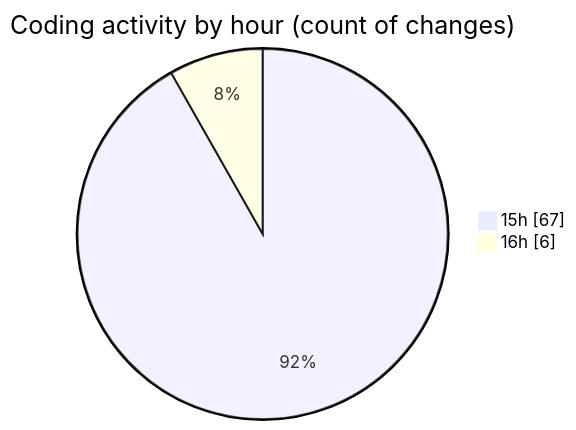
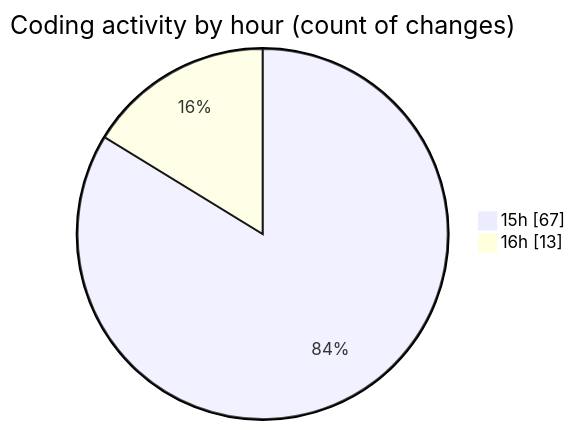
One commit to IJAZ3593/code-tracking changed the second of 2 diagrams in 2025-09-01/project_3/README.md. Above: the diagram before and after it, drawn with Mermaid. The commit also changed other lines of this file and 1 other file, not shown here.

````diff
--- a/2025-09-01/project_3/README.md
+++ b/2025-09-01/project_3/README.md
@@ -36,6 +36,6 @@
 ```mermaid
 pie showData
 title Coding activity by hour (count of changes)
 "15h" : 67
-"16h" : 6
+"16h" : 13
 ```
````
